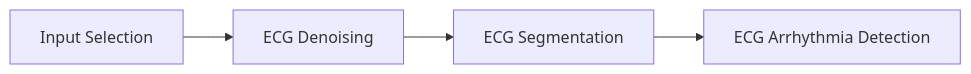
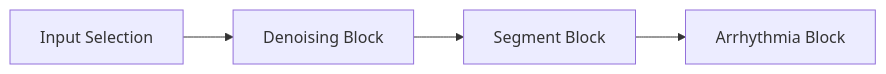
The diagram in heartkit/README.md (AmbiqAI/tileio-demos), drawn with Mermaid before and after one commit. The commit also changed other lines of this file and 4699 other files, not shown here.

````diff
--- a/heartkit/README.md
+++ b/heartkit/README.md
@@ -12,6 +14,6 @@
 ```mermaid
 flowchart LR
-    INP[Input Selection] --> DEN[ECG Denoising]
-    DEN --> SEG[ECG Segmentation]
-    SEG --> ARR[ECG Arrhythmia Detection]
+    INP[Input Selection] --> DEN[Denoising Block]
+    DEN --> SEG[Segment Block]
+    SEG --> ARR[Arrhythmia Block]
 ```
````
